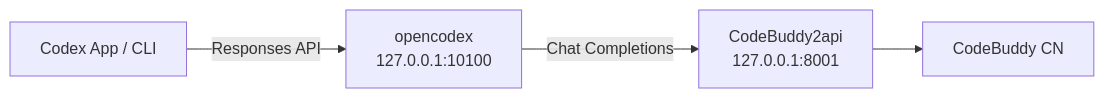
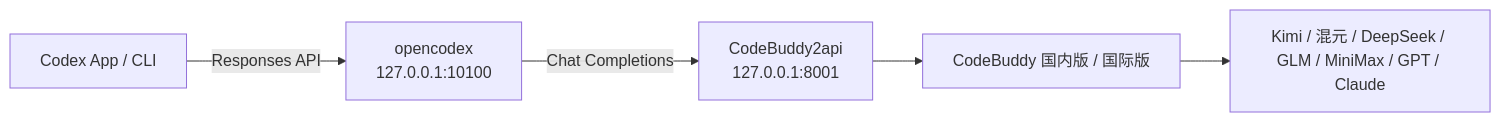
One commit to wuyinhust/codex-buddy changed the diagram in README_ZH.md. Above: the diagram before and after it, drawn with Mermaid. The commit also changed other lines of this file, not shown here.

````diff
--- a/README_ZH.md
+++ b/README_ZH.md
@@ -11,6 +11,7 @@
 ```mermaid
 flowchart LR
     Codex["Codex App / CLI"] -->|Responses API| Gateway["opencodex\n127.0.0.1:10100"]
     Gateway -->|Chat Completions| Proxy["CodeBuddy2api\n127.0.0.1:8001"]
-    Proxy --> CodeBuddy["CodeBuddy CN"]
+    Proxy --> CodeBuddy["CodeBuddy 国内版 / 国际版"]
+    CodeBuddy --> Models["Kimi / 混元 / DeepSeek / GLM / MiniMax / GPT / Claude"]
 ```
````
